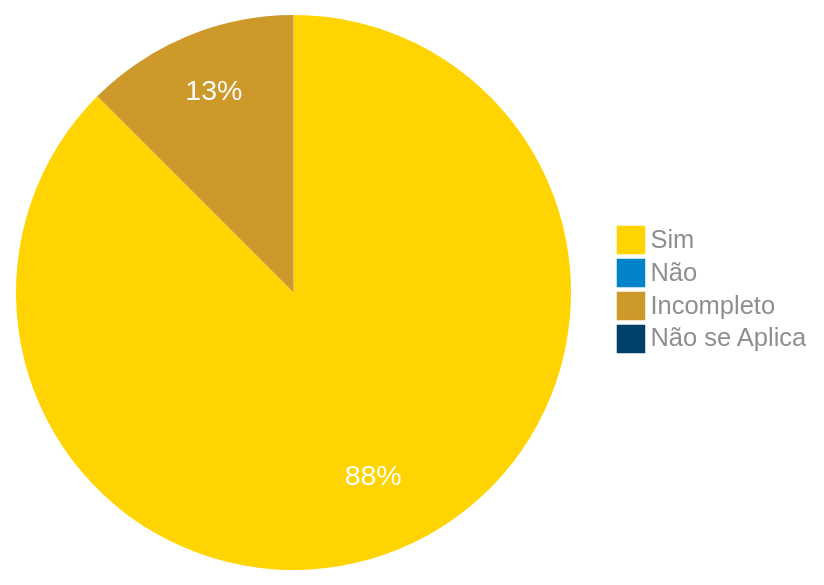
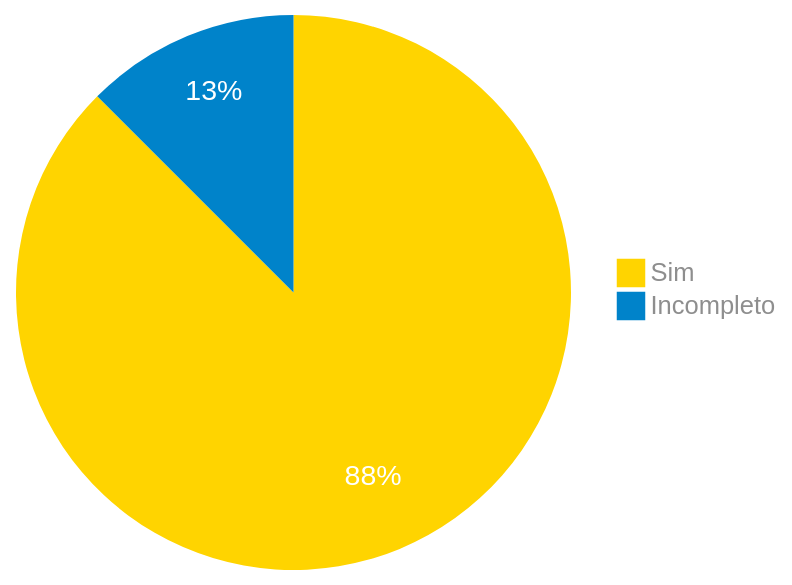
One commit to claudiohsc/2024.1-Correios changed the diagram in docs/verificacao_01/grupo/DAD/nivel1/storyboard/planejamento_do_relato.md. Above: the diagram before and after it, drawn with Mermaid. The commit also changed 2 other files, not shown here.

````diff
--- a/docs/verificacao_01/grupo/DAD/nivel1/storyboard/planejamento_do_relato.md
+++ b/docs/verificacao_01/grupo/DAD/nivel1/storyboard/planejamento_do_relato.md
@@ -86,24 +86,22 @@
 ``` mermaid
 %%{
   init: {
     'theme': 'base',
     'themeVariables': {
         'primaryColor': '#FFD400',
         'secondaryColor': '#0083CA',
         'tertiaryColor': '#CD992B',
         'pie4': '#00416B',
         'primaryTextColor': '#8e8e8e',
         'pieStrokeWidth': '0px',
         'pieOuterStrokeWidth': '0px',
         'pieOpacity': '1',
         'pieSectionTextColor': '#fff',
         'pieSectionTextSize': '19px'
     }
   }
 }%%
 pie
     "Sim" : 7
-    "Não" : 0
     "Incompleto" : 1
-    "Não se Aplica" : 0
 ```
````
